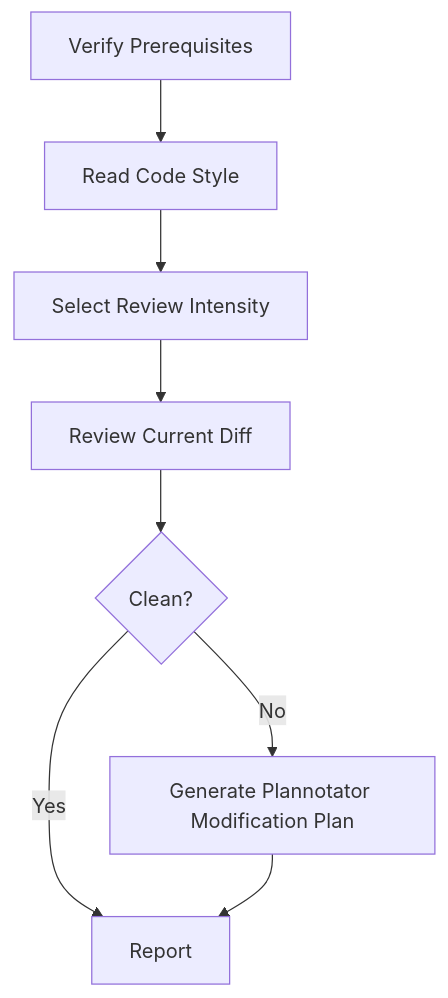
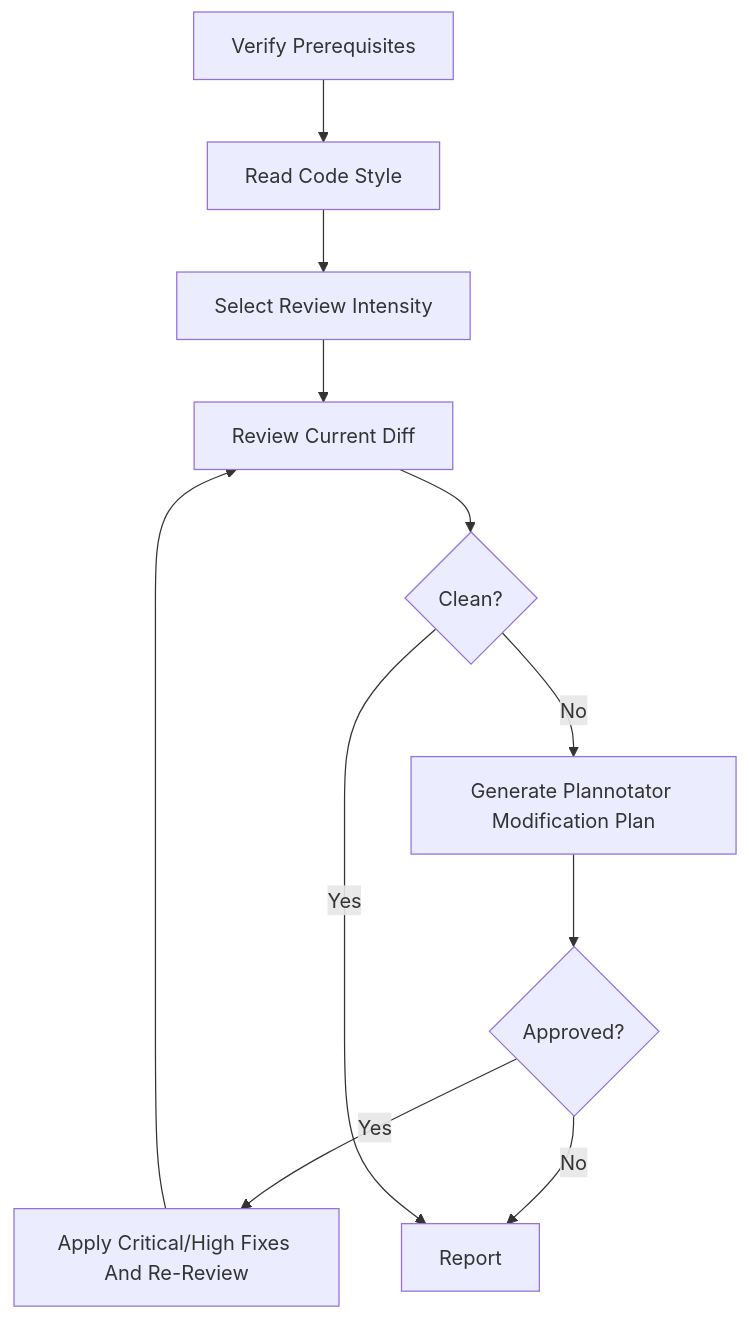
One commit to linghaoSu/agent-plugins changed the diagram in issue-evaluator/skills/review-fix/SKILL.md. Above: the diagram before and after it, drawn with Mermaid. The commit also changed other lines of this file and 6 other files, not shown here.

Commit message:
feat(review): add approved critical-high fix loop

````diff
--- a/issue-evaluator/skills/review-fix/SKILL.md
+++ b/issue-evaluator/skills/review-fix/SKILL.md
@@ -77,10 +83,13 @@
 ```mermaid
 flowchart TD
   A[Verify Prerequisites] --> B[Read Code Style]
   B --> C[Select Review Intensity]
   C --> D[Review Current Diff]
   D --> E{Clean?}
   E -- No --> F[Generate Plannotator Modification Plan]
+  F --> H{Approved?}
+  H -- Yes --> I[Apply Critical/High Fixes And Re-Review]
+  H -- No --> G
+  I --> D
   E -- Yes --> G[Report]
-  F --> G
 ```
````
